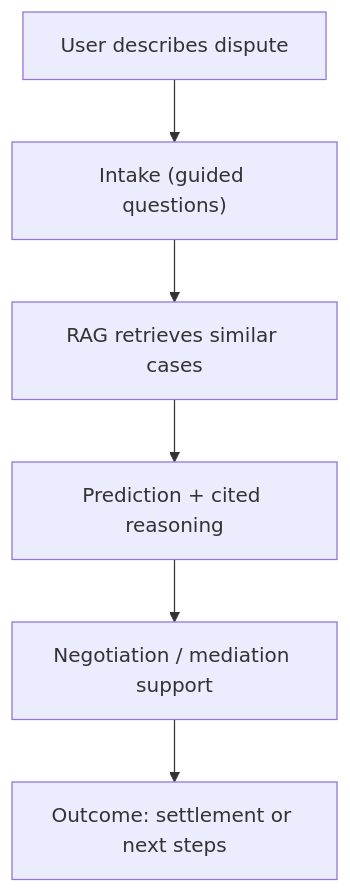
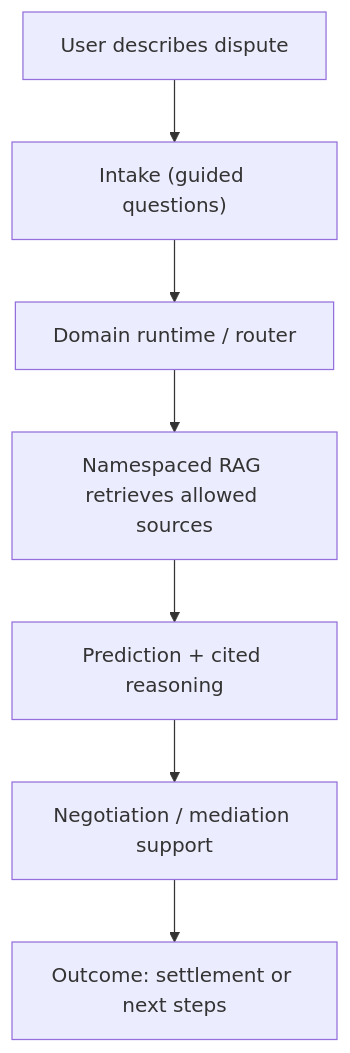
Before and after one commit to MSH4R1F/proposer: the first of 3 diagrams in README.md, drawn with Mermaid. The commit also changed other lines of this file and 9 other files, not shown here.

````diff
--- a/README.md
+++ b/README.md
@@ -74,8 +74,9 @@
 ```mermaid
 flowchart TD
   U["User describes dispute"] --> I["Intake (guided questions)"]
-  I --> R["RAG retrieves similar cases"]
+  I --> D["Domain runtime / router"]
+  D --> R["Namespaced RAG retrieves allowed sources"]
   R --> P["Prediction + cited reasoning"]
   P --> N["Negotiation / mediation support"]
   N --> O["Outcome: settlement or next steps"]
 ```
````
